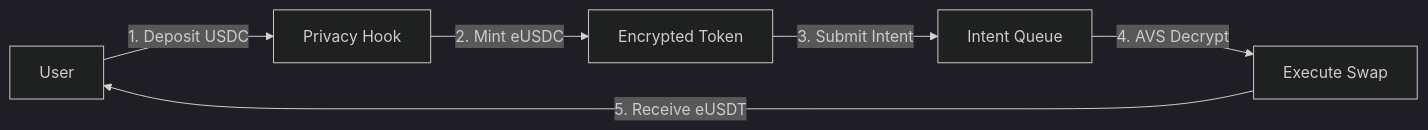
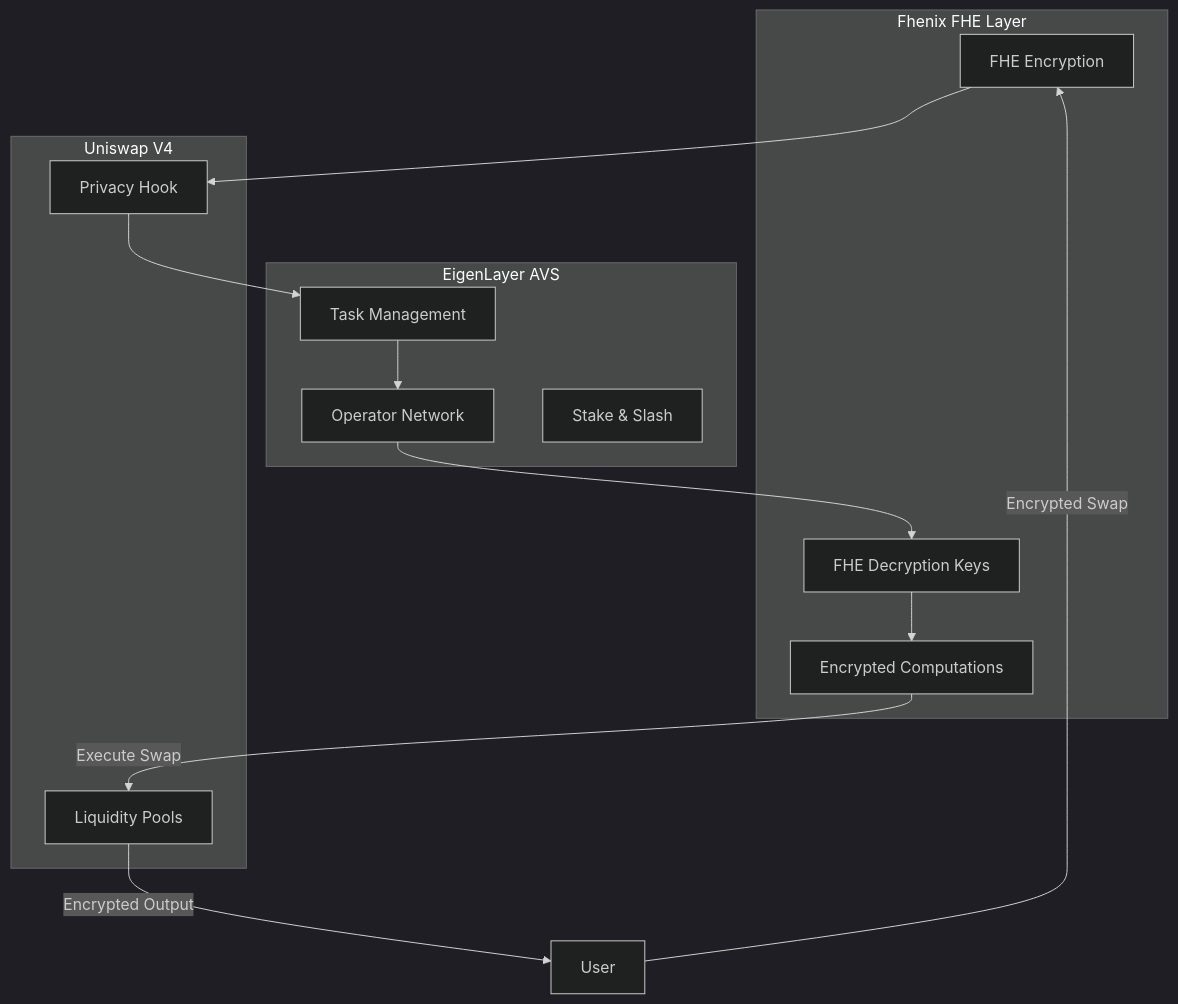
Before and after one commit to Nilay27/AlphaEngineHook: the first of 2 diagrams in README.md, drawn with Mermaid (dark theme). The commit also changed other lines of this file and 1 other file, not shown here.

````diff
--- a/README.md
+++ b/README.md
@@ -100,8 +104,28 @@
 ```mermaid
-graph LR
-    A[User] -->|1. Deposit USDC| B[Privacy Hook]
-    B -->|2. Mint eUSDC| C[Encrypted Token]
-    C -->|3. Submit Intent| D[Intent Queue]
-    D -->|4. AVS Decrypt| E[Execute Swap]
-    E -->|5. Receive eUSDT| A
+graph TB
+    subgraph "Fhenix FHE Layer"
+        F1[FHE Encryption]
+        F2[Encrypted Computations]
+        F3[FHE Decryption Keys]
+    end
+
+    subgraph "EigenLayer AVS"
+        A1[Operator Network]
+        A2[Stake & Slash]
+        A3[Task Management]
+    end
+
+    subgraph "Uniswap V4"
+        U1[Privacy Hook]
+        U2[Liquidity Pools]
+    end
+
+    User -->|Encrypted Swap| F1
+    F1 --> U1
+    U1 --> A3
+    A3 --> A1
+    A1 --> F3
+    F3 --> F2
+    F2 -->|Execute Swap| U2
+    U2 -->|Encrypted Output| User
 ```
````
